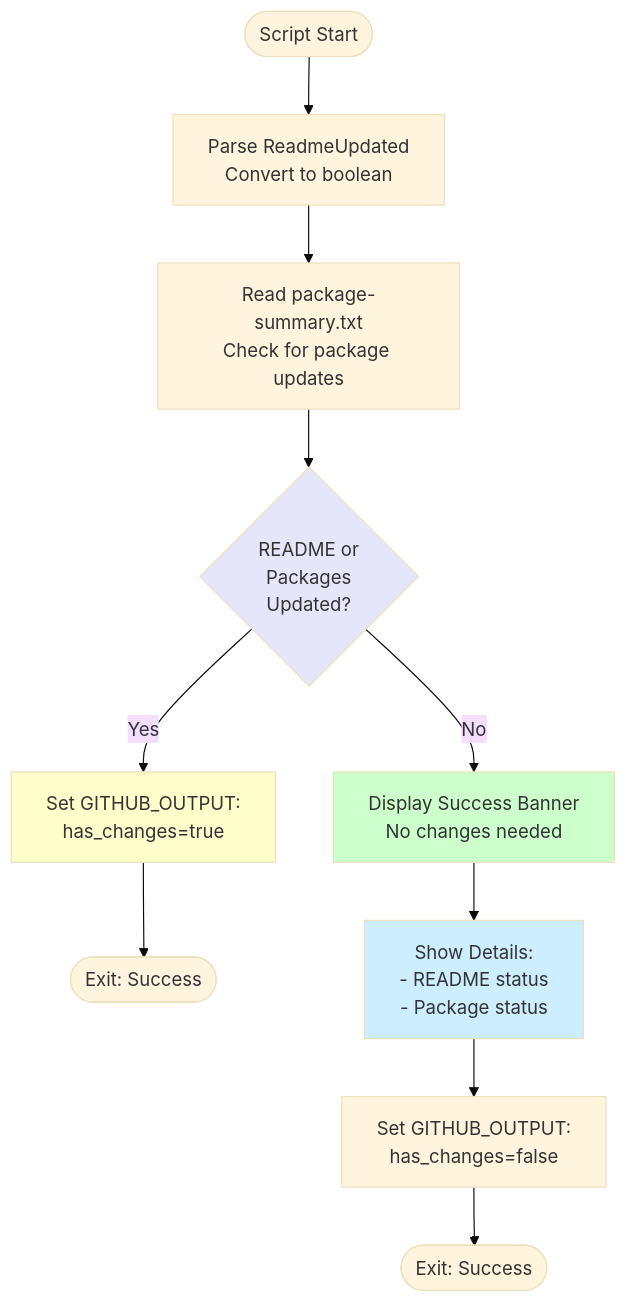
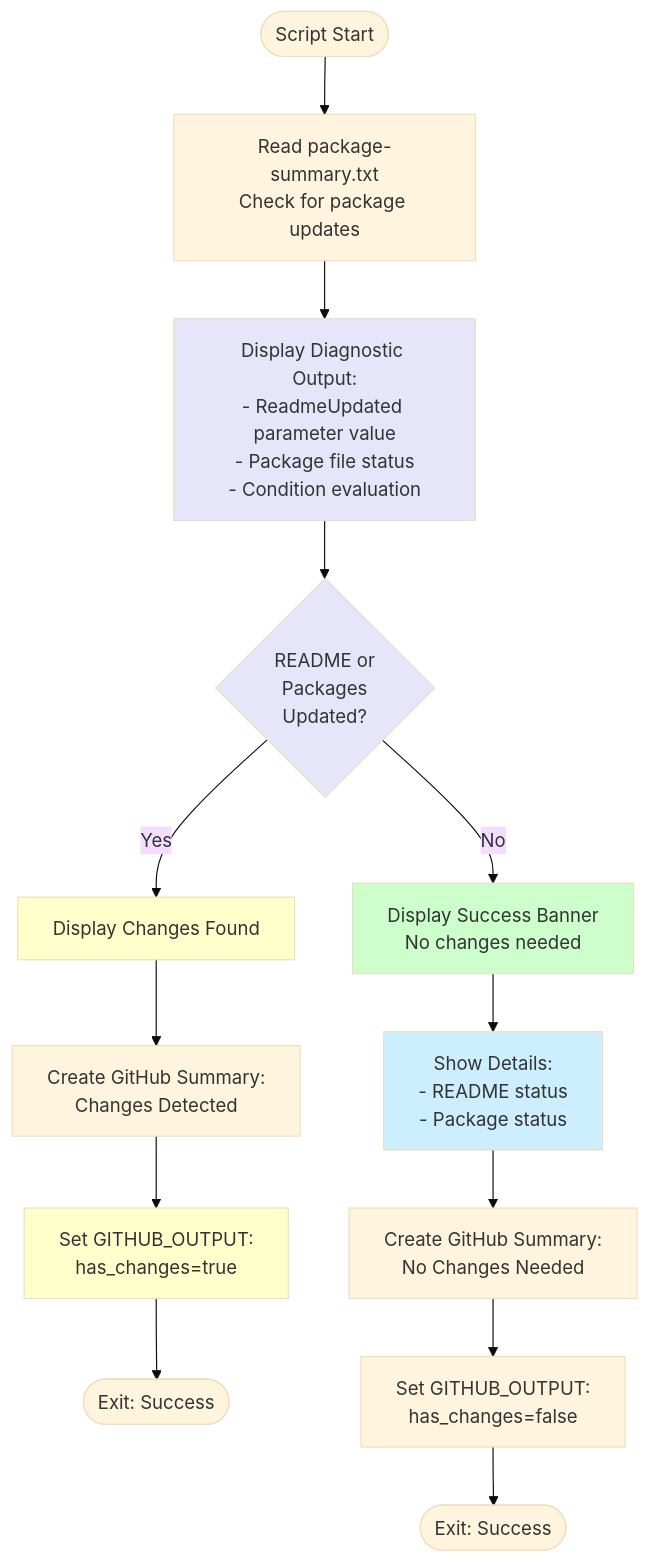
The diagram in .github/script-test-workflow-changes.md (prjseal/Clean), drawn with Mermaid (base theme) before and after one commit. The commit also changed other lines of this file and 2 other files, not shown here.

First line of the commit message:
Docs: Update workflow and script documentation with recent fixes (#376)

````diff
--- a/.github/script-test-workflow-changes.md
+++ b/.github/script-test-workflow-changes.md
@@ -29,19 +29,24 @@
 ```mermaid
 flowchart TD
-    Start([Script Start]) --> ParseReadme[Parse ReadmeUpdated<br/>Convert to boolean]
-    ParseReadme --> CheckPackages[Read package-summary.txt<br/>Check for package updates]
-    CheckPackages --> BothChecked{README or<br/>Packages<br/>Updated?}
+    Start([Script Start]) --> CheckPackages[Read package-summary.txt<br/>Check for package updates]
+    CheckPackages --> Diagnostics[Display Diagnostic Output:<br/>- ReadmeUpdated parameter value<br/>- Package file status<br/>- Condition evaluation]
+    Diagnostics --> BothChecked{README or<br/>Packages<br/>Updated?}
 
-    BothChecked -->|Yes| SetHasChanges[Set GITHUB_OUTPUT:<br/>has_changes=true]
+    BothChecked -->|Yes| DisplayChanges[Display Changes Found]
+    DisplayChanges --> Summary1[Create GitHub Summary:<br/>Changes Detected]
+    Summary1 --> SetHasChanges[Set GITHUB_OUTPUT:<br/>has_changes=true]
     SetHasChanges --> End1([Exit: Success])
 
-    BothChecked -->|No| DisplaySummary[Display Success Banner<br/>No changes needed]
-    DisplaySummary --> ShowDetails[Show Details:<br/>- README status<br/>- Package status]
-    ShowDetails --> SetNoChanges[Set GITHUB_OUTPUT:<br/>has_changes=false]
+    BothChecked -->|No| DisplayNoChanges[Display Success Banner<br/>No changes needed]
+    DisplayNoChanges --> ShowDetails[Show Details:<br/>- README status<br/>- Package status]
+    ShowDetails --> Summary2[Create GitHub Summary:<br/>No Changes Needed]
+    Summary2 --> SetNoChanges[Set GITHUB_OUTPUT:<br/>has_changes=false]
     SetNoChanges --> End2([Exit: Success])
 
-    style DisplaySummary fill:#ccffcc
+    style DisplayNoChanges fill:#ccffcc
     style ShowDetails fill:#cceeff
+    style DisplayChanges fill:#ffffcc
     style SetHasChanges fill:#ffffcc
     style BothChecked fill:#e6e6fa
+    style Diagnostics fill:#e6e6fa
 ```
````
